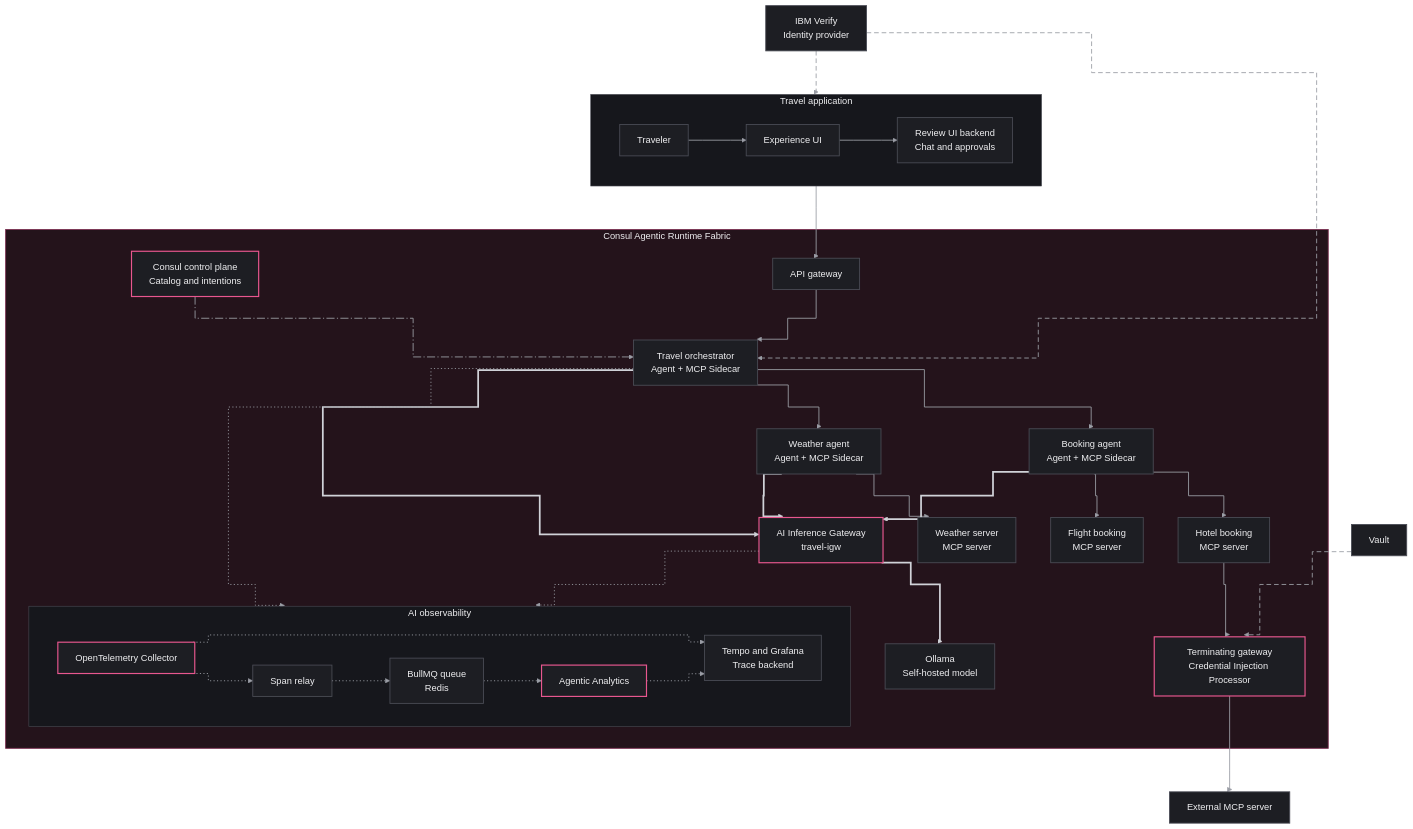
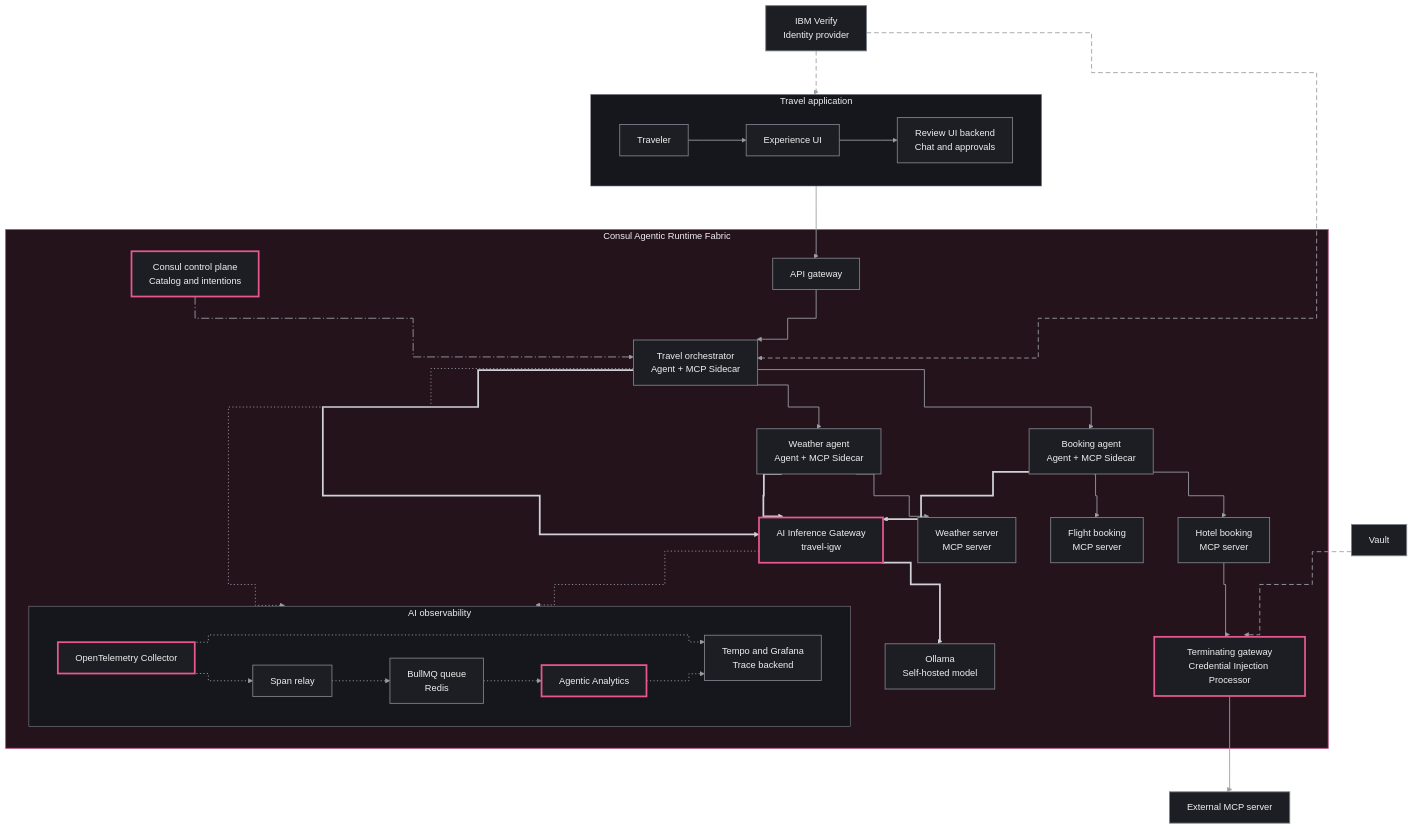
The diagram in content/consul/v2.1.x/diagram-sources/travel-booking-architecture_dark.mmd (hashicorp/web-unified-docs), drawn with Mermaid before and after one commit. The commit also changed 34 other files, not shown here.

First line of the commit message:
Raise diagram contrast and add a non-color cue for ARF components

```diff
--- a/content/consul/v2.1.x/diagram-sources/travel-booking-architecture_dark.mmd
+++ b/content/consul/v2.1.x/diagram-sources/travel-booking-architecture_dark.mmd
@@ -1,77 +1,77 @@
-%%{init: {"theme":"base","fontFamily":"Helvetica, Arial, sans-serif","flowchart":{"curve":"step","nodeSpacing":60,"rankSpacing":75,"htmlLabels":true},"themeVariables":{"fontFamily":"Helvetica, Arial, sans-serif","fontSize":"16px","background":"#0d0e12","primaryColor":"#1d1e23","primaryBorderColor":"#4a4c55","primaryTextColor":"#efeff1","lineColor":"#9b9ea6","clusterBkg":"#16171c","clusterBorder":"#4a4c55","titleColor":"#efeff1","edgeLabelBackground":"#0d0e12","actorBkg":"#1d1e23","actorBorder":"#e8578f","actorTextColor":"#efeff1","actorLineColor":"#4a4c55","signalColor":"#9b9ea6","signalTextColor":"#efeff1","noteBkgColor":"#16171c","noteBorderColor":"#4a4c55","noteTextColor":"#efeff1","activationBkgColor":"#24131b","activationBorderColor":"#7a2e50","sequenceNumberColor":"#0d0e12"},"sequence":{"mirrorActors":false,"width":220,"actorMargin":50,"messageMargin":50,"boxMargin":10,"noteMargin":12,"wrap":true}}}%%
+%%{init: {"theme":"base","fontFamily":"Helvetica, Arial, sans-serif","flowchart":{"curve":"step","nodeSpacing":60,"rankSpacing":75,"htmlLabels":true},"themeVariables":{"fontFamily":"Helvetica, Arial, sans-serif","fontSize":"16px","background":"#0d0e12","primaryColor":"#1d1e23","primaryBorderColor":"#7d808a","primaryTextColor":"#efeff1","lineColor":"#9b9ea6","clusterBkg":"#16171c","clusterBorder":"#7d808a","titleColor":"#efeff1","edgeLabelBackground":"#0d0e12","actorBkg":"#1d1e23","actorBorder":"#e8578f","actorTextColor":"#efeff1","actorLineColor":"#7d808a","signalColor":"#9b9ea6","signalTextColor":"#efeff1","noteBkgColor":"#16171c","noteBorderColor":"#7d808a","noteTextColor":"#efeff1","activationBkgColor":"#24131b","activationBorderColor":"#b5527f","sequenceNumberColor":"#0d0e12"},"sequence":{"mirrorActors":false,"width":220,"actorMargin":50,"messageMargin":50,"boxMargin":10,"noteMargin":12,"wrap":true}}}%%
 flowchart TB
   subgraph app["Travel application"]
     direction LR
     traveler["Traveler"]
     ui["Experience UI"]
     review["Review UI backend<br/>Chat and approvals"]
   end
   idp["IBM Verify<br/>Identity provider"]
 
   subgraph arf["Consul Agentic Runtime Fabric"]
     cp["Consul control plane<br/>Catalog and intentions"]
     apigw["API gateway"]
     orch["Travel orchestrator<br/>Agent + MCP Sidecar"]
     igw["AI Inference Gateway<br/>travel-igw"]
     weather["Weather agent<br/>Agent + MCP Sidecar"]
     booking["Booking agent<br/>Agent + MCP Sidecar"]
     model["Ollama<br/>Self-hosted model"]
     wserver["Weather server<br/>MCP server"]
     flight["Flight booking<br/>MCP server"]
     hotel["Hotel booking<br/>MCP server"]
     tgw["Terminating gateway<br/>Credential Injection Processor"]
     subgraph obs["AI observability"]
       direction LR
       otel["OpenTelemetry Collector"]
       relay["Span relay"]
       queue["BullMQ queue<br/>Redis"]
       analytics["Agentic Analytics"]
       tempo["Tempo and Grafana<br/>Trace backend"]
     end
   end
   vault["Vault"]
   extmcp["External MCP server"]
 
   %% Requests and invocations: links 0 to 10
   traveler --> ui
   ui --> review
   review --> apigw
   apigw --> orch
   orch --> booking
   orch --> weather
   booking --> hotel
   booking --> flight
   weather --> wserver
   hotel --> tgw
   tgw --> extmcp
   %% Model access: links 11 to 14
   orch ==> igw
   booking ==> igw
   weather ==> igw
   igw ==> model
   %% Identity and credentials: links 15 to 17
   idp -.-> review
   idp -.-> orch
   vault -.-> tgw
   %% Discovery and policy: link 18
   cp -.-> orch
   %% Telemetry and trace access: links 19 to 25
   igw -.-> obs
   orch -.-> obs
   otel -.-> relay
   relay -.-> queue
   queue -.-> analytics
   otel -.-> tempo
   analytics -.-> tempo
 
-  classDef default fill:#1d1e23,stroke:#4a4c55,stroke-width:1.5px,color:#efeff1
-  classDef arfc fill:#1d1e23,stroke:#e8578f,stroke-width:2px,color:#efeff1
+  classDef default fill:#1d1e23,stroke:#7d808a,stroke-width:1.5px,color:#efeff1
+  classDef arfc fill:#1d1e23,stroke:#e8578f,stroke-width:3px,color:#efeff1
   class igw,tgw,cp,analytics,otel arfc
-  style arf fill:#24131b,stroke:#7a2e50,stroke-width:1.5px,color:#efeff1
-  style app fill:#16171c,stroke:#4a4c55,stroke-width:1px,color:#efeff1
-  style obs fill:#16171c,stroke:#4a4c55,stroke-width:1px,color:#efeff1
+  style arf fill:#24131b,stroke:#b5527f,stroke-width:1.5px,color:#efeff1
+  style app fill:#16171c,stroke:#7d808a,stroke-width:1px,color:#efeff1
+  style obs fill:#16171c,stroke:#7d808a,stroke-width:1px,color:#efeff1
   linkStyle 0,1,2,3,4,5,6,7,8,9,10 stroke:#9b9ea6,stroke-width:1.5px
   linkStyle 11,12,13,14 stroke:#d0d2d8,stroke-width:3px
   linkStyle 15,16,17 stroke:#9b9ea6,stroke-width:1.5px,stroke-dasharray:8 5
   linkStyle 18 stroke:#9b9ea6,stroke-width:1.5px,stroke-dasharray:14 4 2 4
   linkStyle 19,20,21,22,23,24,25 stroke:#9b9ea6,stroke-width:1.5px,stroke-dasharray:2 4
```
